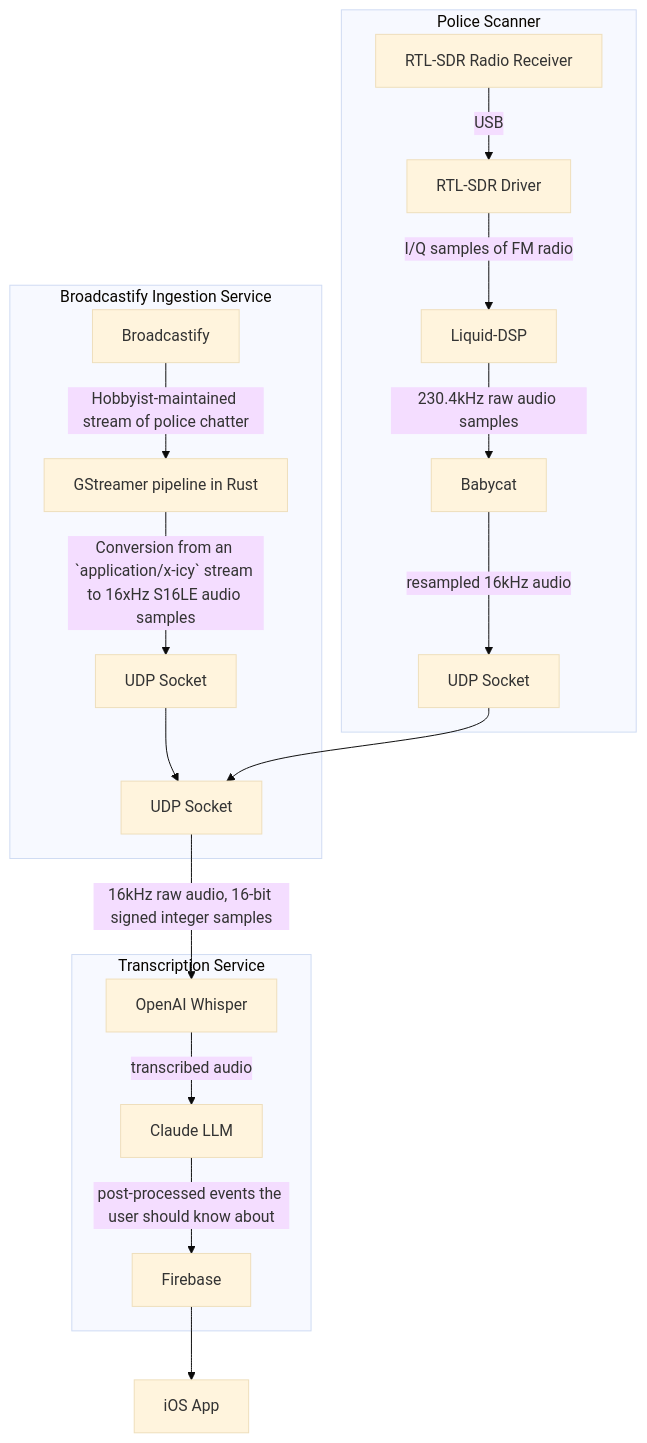
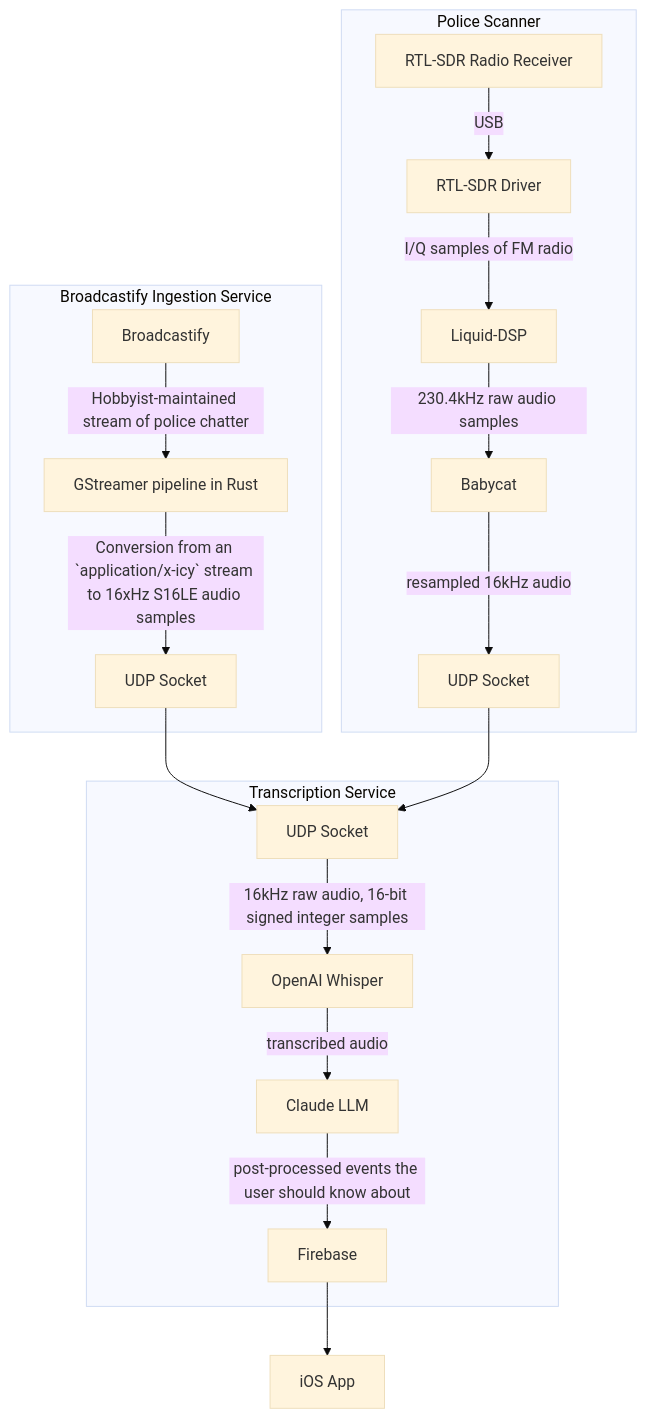
Before and after one commit to MiniHacks/hearshot: the diagram in README.md, drawn with Mermaid (base theme).

Commit message:
🛠 fix node

````diff
--- a/README.md
+++ b/README.md
@@ -6,43 +6,46 @@
 ```mermaid
 flowchart TD
   subgraph Police Scanner
     rfrx[RTL-SDR Radio Receiver];
     driver[RTL-SDR Driver];
     dsp[Liquid-DSP];
     dsp2[Babycat];
     udp_police[UDP Socket];
     
     rfrx -- USB --> driver;
     driver -- I/Q samples of FM radio --> dsp;
     dsp -- 230.4kHz raw audio samples --> dsp2;
     dsp2 -- resampled 16kHz audio --> udp_police;
   end;
   
   subgraph Broadcastify Ingestion Service
     bcast[Broadcastify];
     gst[GStreamer pipeline in Rust];
     udp_bcast[UDP Socket];
     
     bcast -- Hobbyist-maintained stream of police chatter --> gst;
     gst -- Conversion from an `application/x-icy` stream to 16xHz S16LE audio samples --> udp_bcast;
-    udp_bcast --> udp_transcribe;
+
   end;
-  
-  udp_police --> udp_transcribe;
- 
+
   
   
   subgraph a[Transcription Service];
     udp_transcribe[UDP Socket];
     whisper[OpenAI Whisper];
     claude[Claude LLM];
     firebase[Firebase];
     
     udp_transcribe -- 16kHz raw audio, 16-bit signed integer samples --> whisper;
     whisper -- transcribed audio --> claude;
     claude -- post-processed events the user should know about --> firebase;
   end;
   
+    udp_bcast --> udp_transcribe;
+  udp_police --> udp_transcribe;
+ 
+
+  
   ios[iOS App];
   firebase-->ios;
 ```
````
